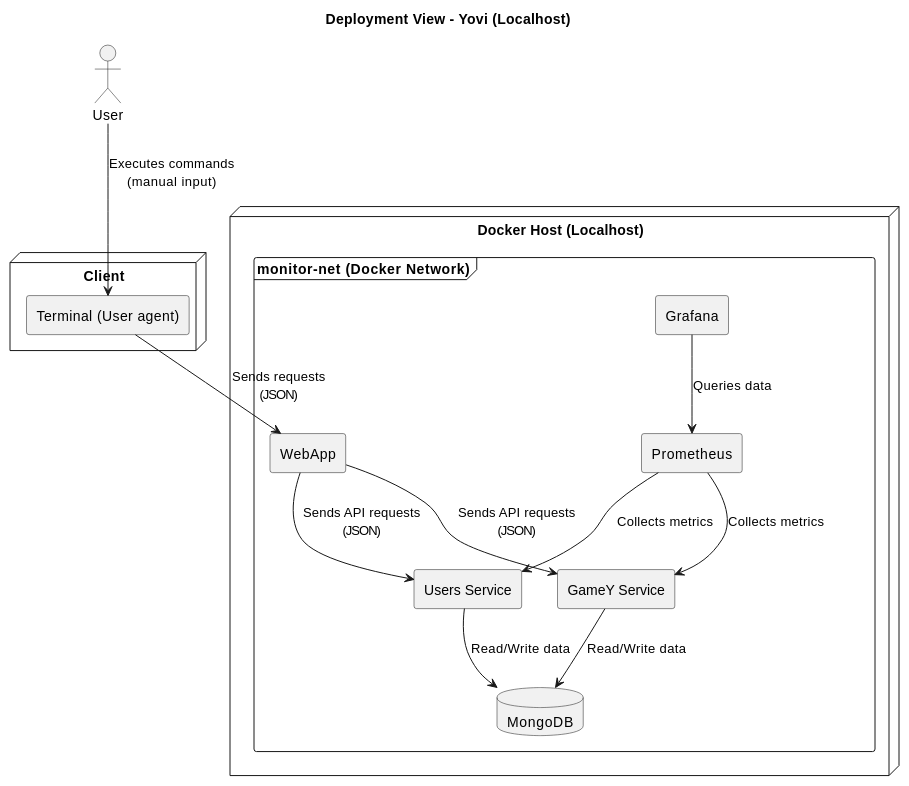
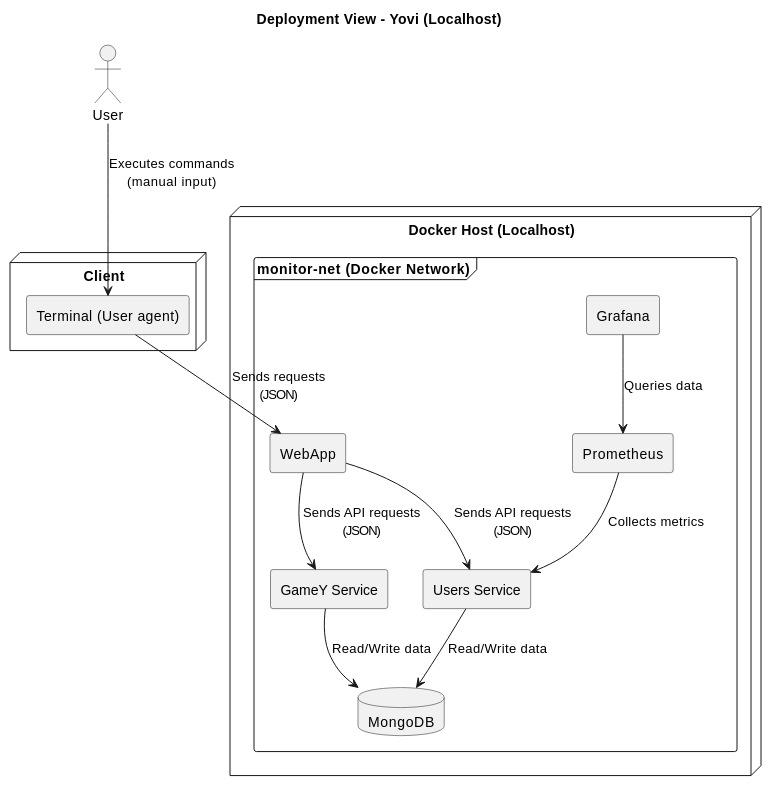
One commit to Arquisoft/yovi_es1a changed the first of 4 diagrams in docs/src/07_deployment_view.adoc. Above: the diagram before and after it, drawn with PlantUML.

Commit message:
punto 7 de la documentacion corregido

```diff
--- a/docs/src/07_deployment_view.adoc
+++ b/docs/src/07_deployment_view.adoc
@@ -65,39 +65,38 @@
 [plantuml, "deployment-level1", png]
 ----
 @startuml
 title Deployment View - Yovi (Localhost)
 
 skinparam shadowing false
 skinparam componentStyle rectangle
 
 actor User
 
 node "Client" as client {
   [Terminal (User agent)] as terminal
 }
 
 node "Docker Host (Localhost)" as host {
   frame "monitor-net (Docker Network)" as net {
     [WebApp] as webapp
     [Users Service] as users
     [GameY Service] as gamey
     [Prometheus] as prom
     [Grafana] as graf
     database "MongoDB" as mongo
   }
 }
 
 User --> terminal : Executes commands\n(manual input)
 
 terminal --> webapp : Sends requests\n(JSON)
 webapp --> users : Sends API requests\n(JSON)
 webapp --> gamey : Sends API requests\n(JSON)
 
 users --> mongo : Read/Write data
 gamey --> mongo : Read/Write data
 
 graf --> prom : Queries data
 prom --> users : Collects metrics
-prom --> gamey : Collects metrics
 @enduml
 ----
```
